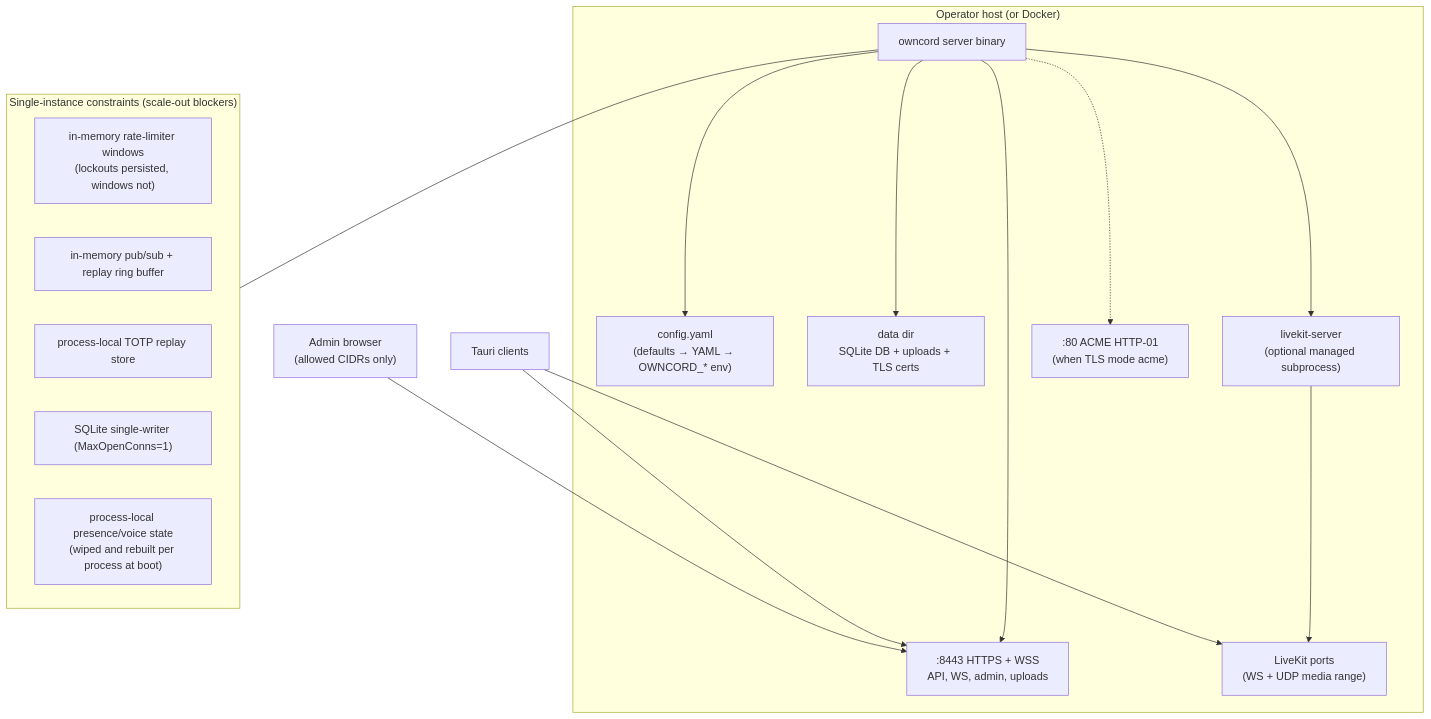
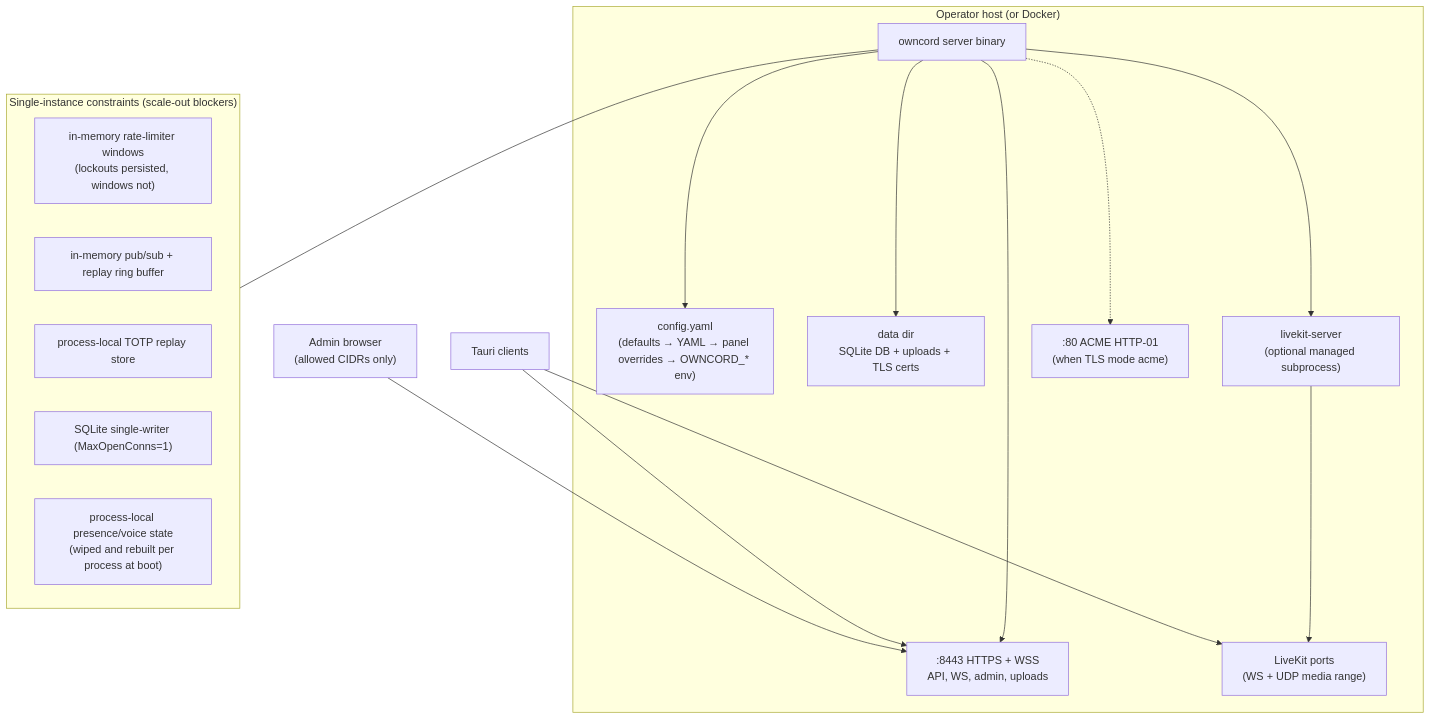
One commit to J3vb/OwnCord changed the second of 2 diagrams in docs/architecture/system-overview.md. Above: the diagram before and after it, drawn with Mermaid. The commit also changed 258 other files, not shown here.

````diff
--- a/docs/architecture/system-overview.md
+++ b/docs/architecture/system-overview.md
@@ -61,25 +61,25 @@
 ```mermaid
 flowchart TB
     subgraph hostbox ["Operator host (or Docker)"]
         BIN["owncord server binary"]
-        BIN --> CFGF["config.yaml<br/>(defaults → YAML → OWNCORD_* env)"]
+        BIN --> CFGF["config.yaml<br/>(defaults → YAML → panel overrides → OWNCORD_* env)"]
         BIN --> DATA["data dir<br/>SQLite DB + uploads + TLS certs"]
         BIN --> LKPROC["livekit-server<br/>(optional managed subprocess)"]
         BIN --> P1[":8443 HTTPS + WSS<br/>API, WS, admin, uploads"]
         BIN -.-> P80[":80 ACME HTTP-01<br/>(when TLS mode acme)"]
         LKPROC --> P2["LiveKit ports<br/>(WS + UDP media range)"]
     end
 
     C1["Tauri clients"] --> P1
     C1 --> P2
     ADMB["Admin browser<br/>(allowed CIDRs only)"] --> P1
 
     subgraph constraints ["Single-instance constraints (scale-out blockers)"]
         R1["in-memory rate-limiter windows<br/>(lockouts persisted, windows not)"]
         R2["in-memory pub/sub + replay ring buffer"]
         R3["process-local TOTP replay store"]
         R4["SQLite single-writer (MaxOpenConns=1)"]
         R5["process-local presence/voice state<br/>(wiped and rebuilt per process at boot)"]
     end
     BIN --- constraints
 ```
````
